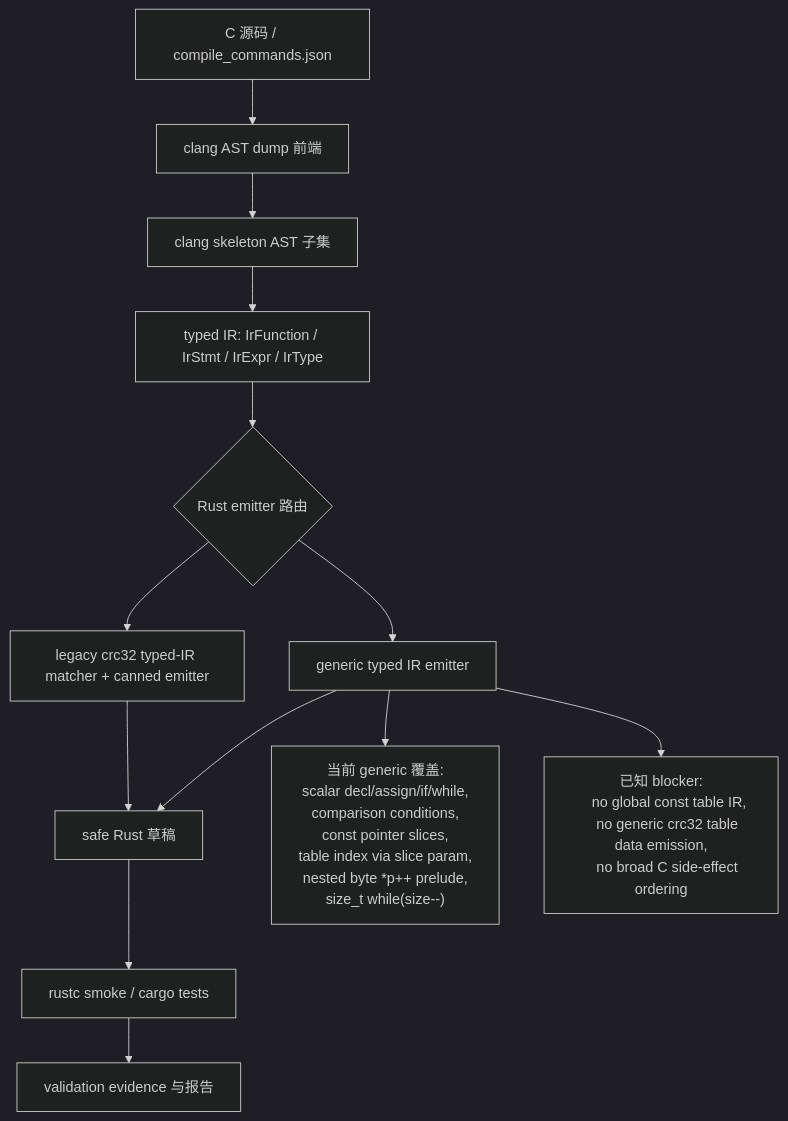
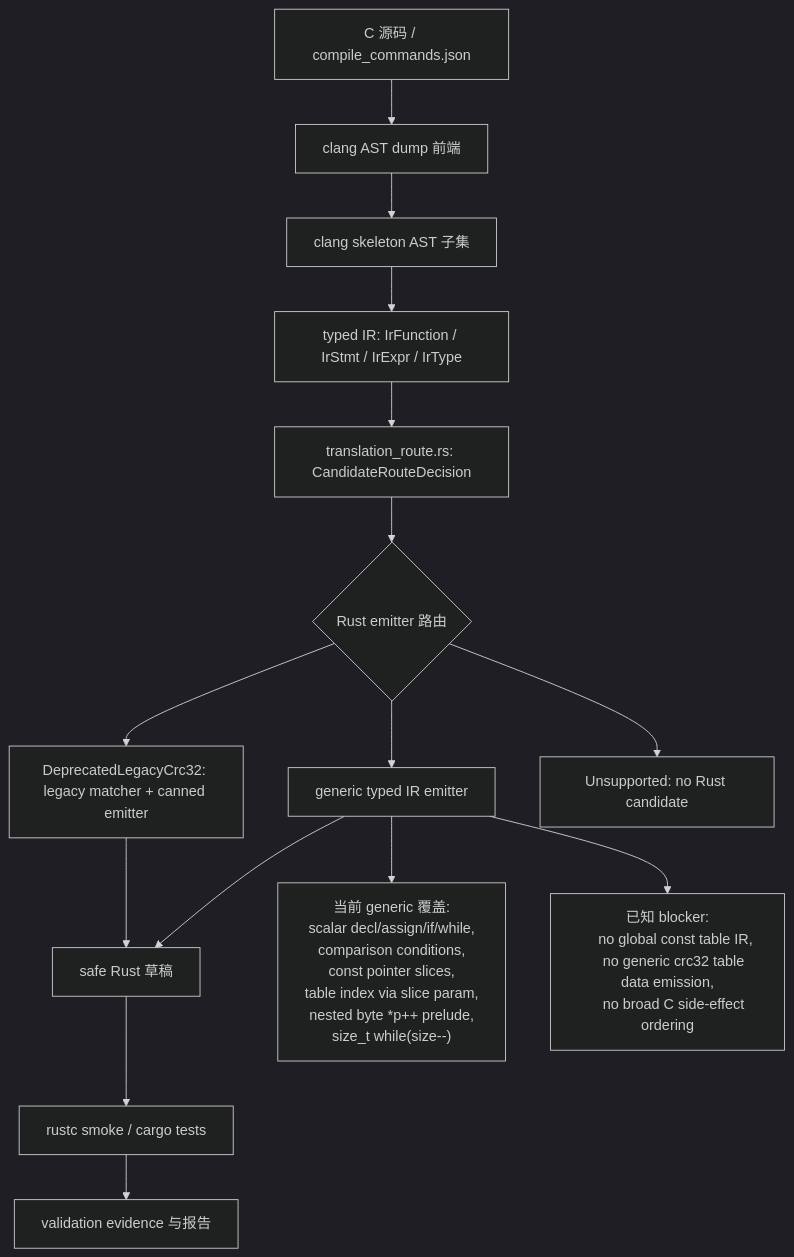
One commit to guoqihan342-svg/c-to-rust changed the diagram in docs/c2rust-migration-agent/core-translation-architecture.md. Above: the diagram before and after it, drawn with Mermaid (dark theme). The commit also changed other lines of this file and 9 other files, not shown here.

Commit message:
Add candidate route metadata to typed IR emission

````diff
--- a/docs/c2rust-migration-agent/core-translation-architecture.md
+++ b/docs/c2rust-migration-agent/core-translation-architecture.md
@@ -7,25 +7,27 @@
 ```mermaid
 flowchart TD
     C["C 源码 / compile_commands.json"] --> Clang["clang AST dump 前端"]
     Clang --> Skeleton["clang skeleton AST 子集"]
     Skeleton --> IR["typed IR: IrFunction / IrStmt / IrExpr / IrType"]
-    IR --> Emitter{"Rust emitter 路由"}
+    IR --> RouteMeta["translation_route.rs: CandidateRouteDecision"]
+    RouteMeta --> Emitter{"Rust emitter 路由"}
     Emitter --> Generic["generic typed IR emitter"]
-    Emitter --> Canned["legacy crc32 typed-IR matcher + canned emitter"]
+    Emitter --> Canned["DeprecatedLegacyCrc32: legacy matcher + canned emitter"]
+    Emitter --> Unsupported["Unsupported: no Rust candidate"]
     Generic --> Rust["safe Rust 草稿"]
     Canned --> Rust
     Rust --> Rustc["rustc smoke / cargo tests"]
     Rustc --> Evidence["validation evidence 与报告"]
 
     Generic --> Supported["当前 generic 覆盖:
     scalar decl/assign/if/while,
     comparison conditions,
     const pointer slices,
     table index via slice param,
     nested byte *p++ prelude,
     size_t while(size--)"]
     Generic --> Blocked["已知 blocker:
     no global const table IR,
     no generic crc32 table data emission,
     no broad C side-effect ordering"]
 ```
````
